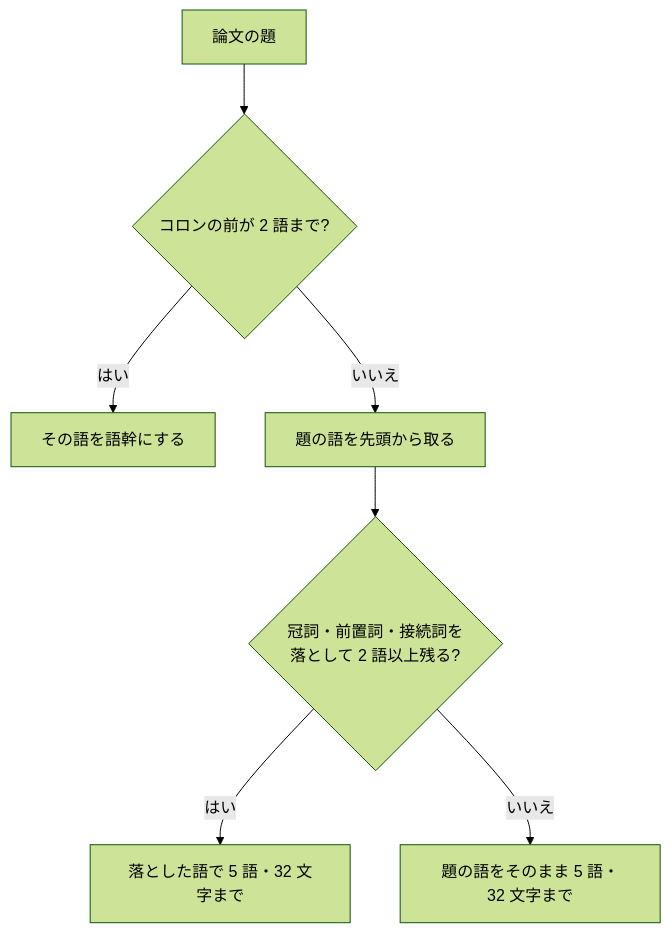
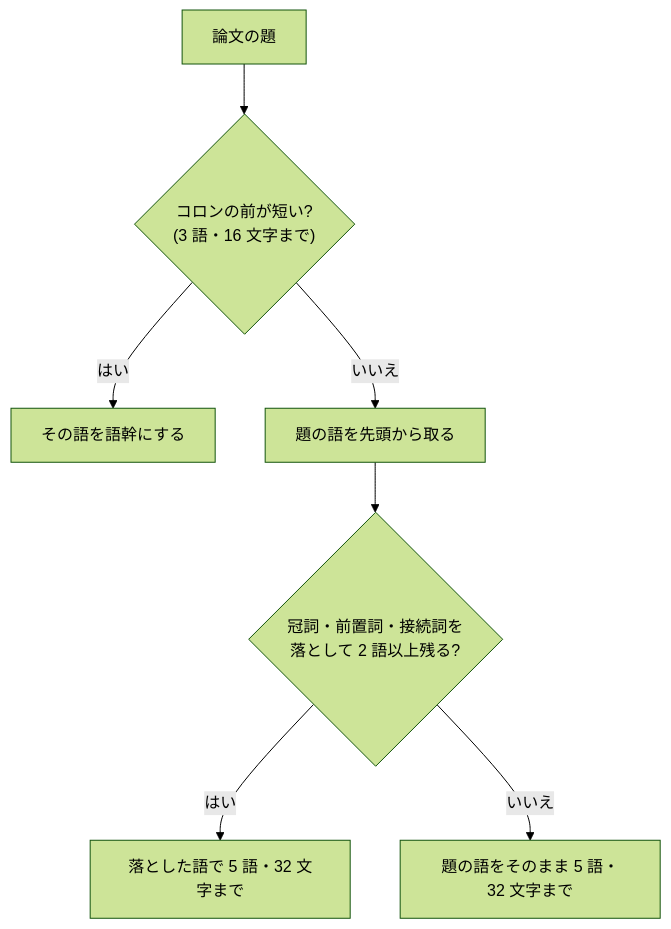
Before and after one commit to MatchaChoco010/carrel: the diagram in docs/design/0023_slug_keyword.md, drawn with Mermaid (forest theme). The commit also changed other lines of this file and 1 other file, not shown here.

````diff
--- a/docs/design/0023_slug_keyword.md
+++ b/docs/design/0023_slug_keyword.md
@@ -56,9 +56,9 @@
 ```mermaid
 flowchart TD
-  T["論文の題"] --> C{"コロンの前が 2 語まで?"}
+  T["論文の題"] --> C{"コロンの前が短い?<br/>(3 語・16 文字まで)"}
   C -->|はい| S["その語を語幹にする"]
   C -->|いいえ| W["題の語を先頭から取る"]
   W --> D{"冠詞・前置詞・接続詞を<br/>落として 2 語以上残る?"}
   D -->|はい| K["落とした語で 5 語・32 文字まで"]
   D -->|いいえ| A["題の語をそのまま 5 語・32 文字まで"]
 ```
````
